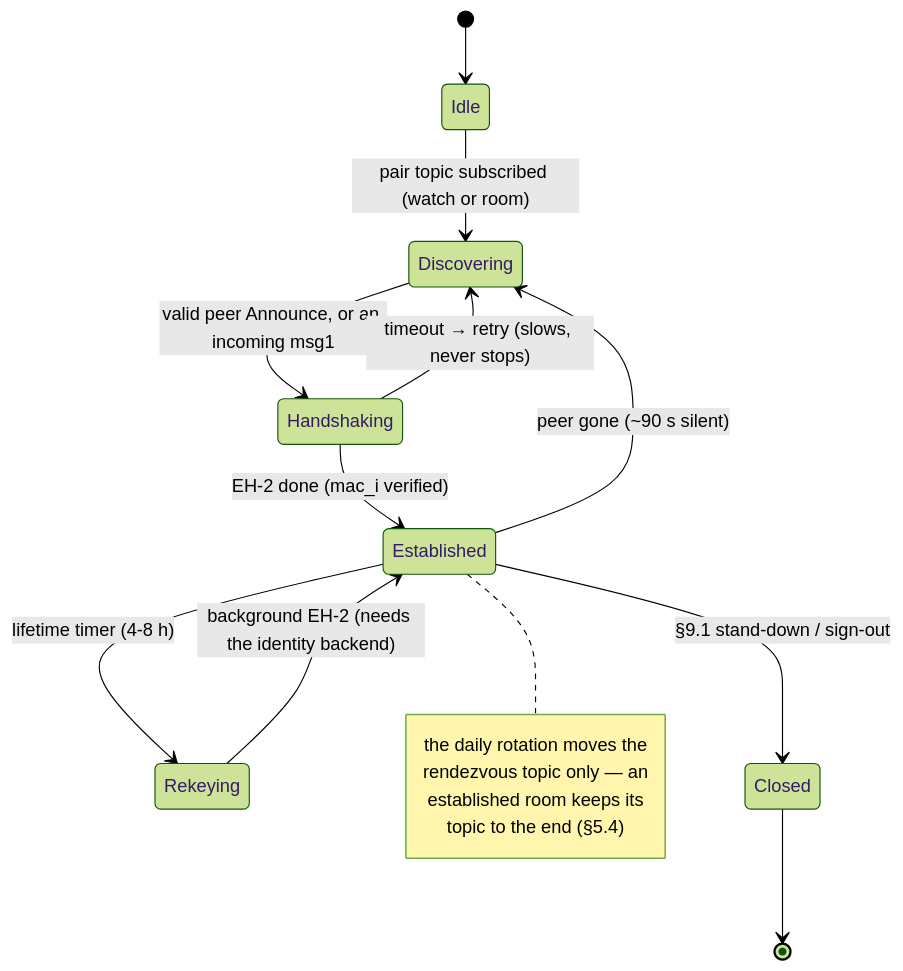
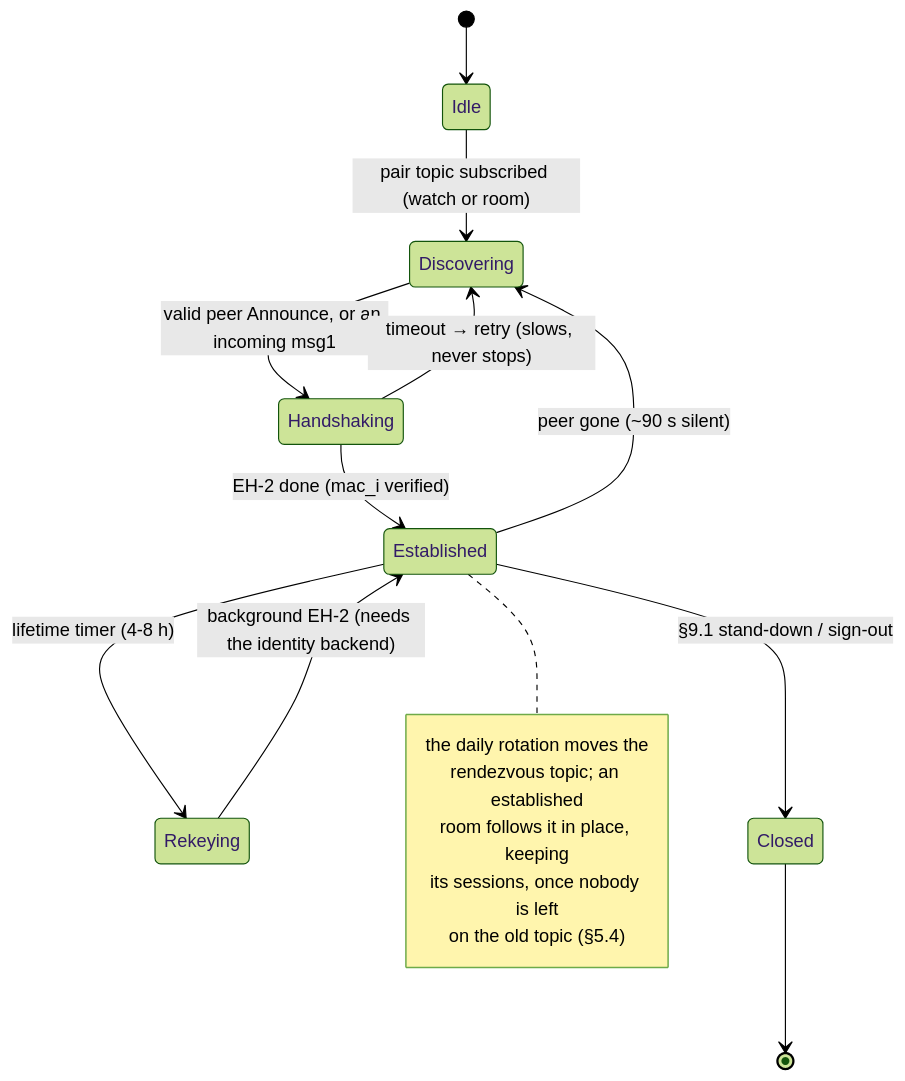
Before and after one commit to encedo/encedo-chat: the fourth of 6 diagrams in docs/PROTOCOL.md, drawn with Mermaid (forest theme). The commit also changed other lines of this file, not shown here.

First line of the commit message:
docs(protocol): second audit - the pick stream gets its wire format, the stores their plain siblings, and the numbers their owners

````diff
--- a/docs/PROTOCOL.md
+++ b/docs/PROTOCOL.md
@@ -1092,19 +1129,20 @@
 ```mermaid
 stateDiagram-v2
     [*] --> Idle
     Idle --> Discovering: pair topic subscribed (watch or room)
     Discovering --> Handshaking: valid peer Announce, or an incoming msg1
     Handshaking --> Established: EH-2 done (mac_i verified)
     Handshaking --> Discovering: timeout → retry (slows, never stops)
     Established --> Rekeying: lifetime timer (4-8 h)
     Rekeying --> Established: background EH-2 (needs the identity backend)
     Established --> Discovering: peer gone (~90 s silent)
     Established --> Closed: §9.1 stand-down / sign-out
     Closed --> [*]
     note right of Established
         the daily rotation moves the
-        rendezvous topic only — an
-        established room keeps its
-        topic to the end (§5.4)
+        rendezvous topic; an established
+        room follows it in place, keeping
+        its sessions, once nobody is left
+        on the old topic (§5.4)
     end note
 ```
````
